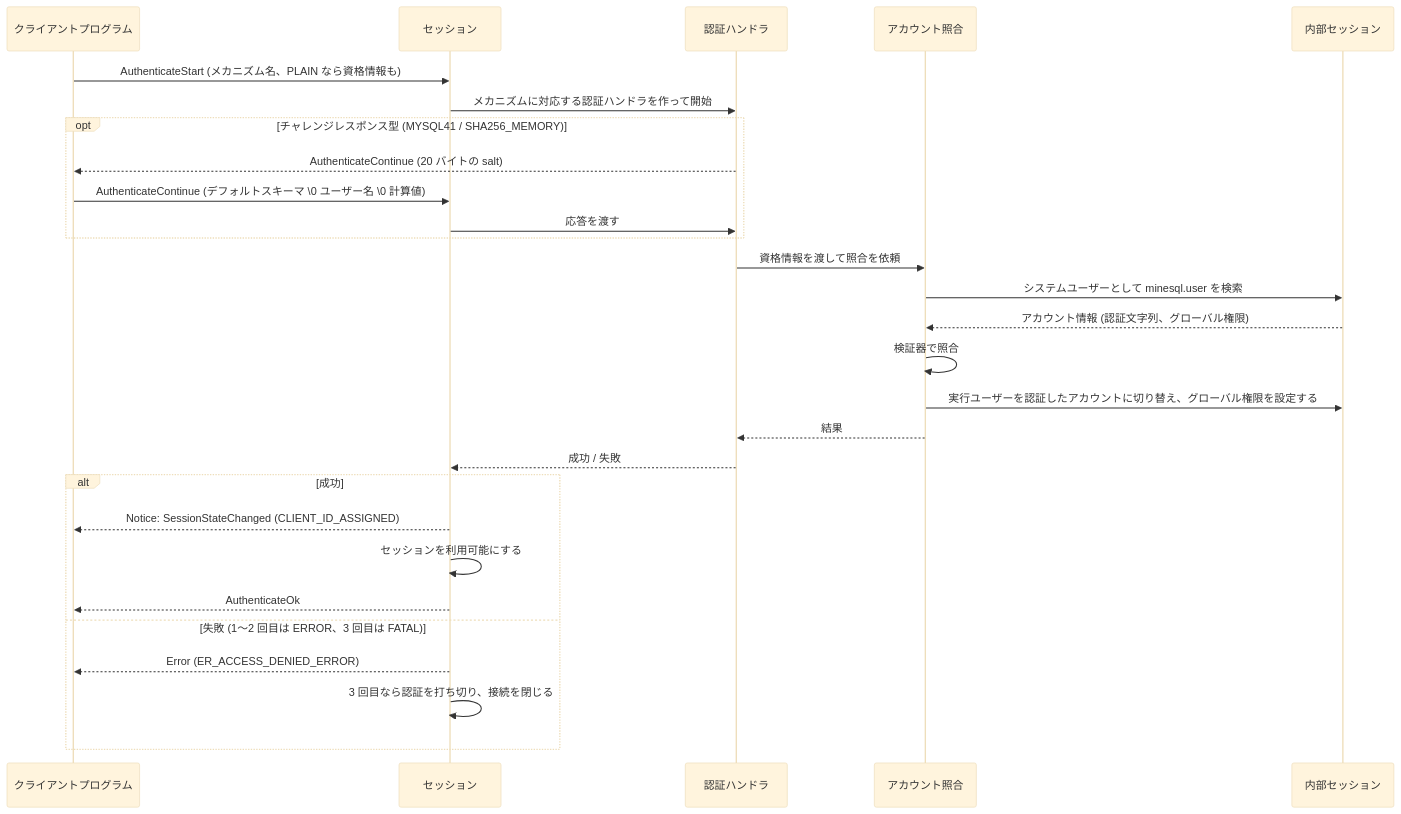
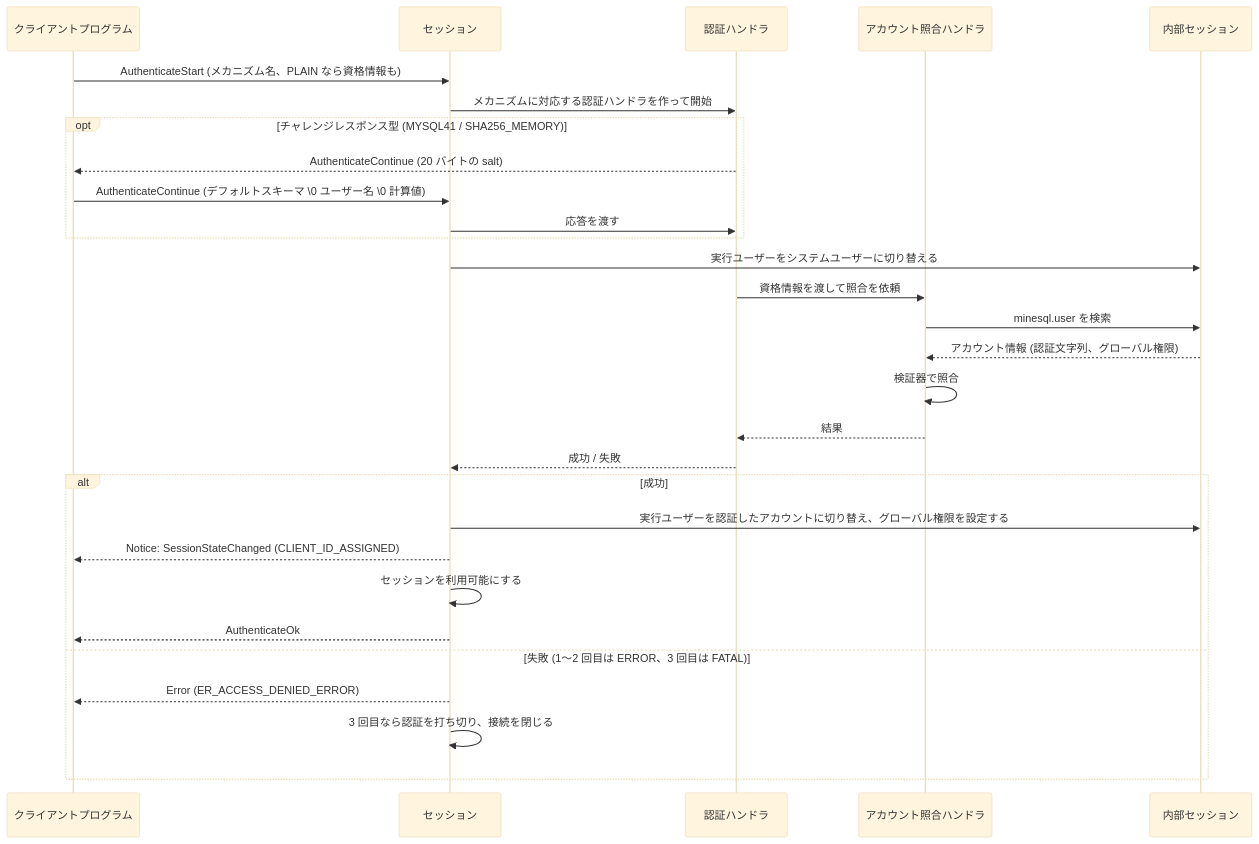
One commit to ren-yamanashi/minesql changed the second of 2 diagrams in docs/specification/connection/authentication.md. Above: the diagram before and after it, drawn with Mermaid (base theme). The commit also changed other lines of this file and 2 other files, not shown here.

````diff
--- a/docs/specification/connection/authentication.md
+++ b/docs/specification/connection/authentication.md
@@ -79,30 +92,31 @@
 ```mermaid
 sequenceDiagram
     participant C as クライアントプログラム
     participant S as セッション
     participant A as 認証ハンドラ
-    participant V as アカウント照合
+    participant V as アカウント照合ハンドラ
     participant I as 内部セッション
     C->>S: AuthenticateStart (メカニズム名、PLAIN なら資格情報も)
     S->>A: メカニズムに対応する認証ハンドラを作って開始
     opt チャレンジレスポンス型 (MYSQL41 / SHA256_MEMORY)
         A-->>C: AuthenticateContinue (20 バイトの salt)
         C->>S: AuthenticateContinue (デフォルトスキーマ \0 ユーザー名 \0 計算値)
         S->>A: 応答を渡す
     end
+    S->>I: 実行ユーザーをシステムユーザーに切り替える
     A->>V: 資格情報を渡して照合を依頼
-    V->>I: システムユーザーとして minesql.user を検索
+    V->>I: minesql.user を検索
     I-->>V: アカウント情報 (認証文字列、グローバル権限)
     V->>V: 検証器で照合
-    V->>I: 実行ユーザーを認証したアカウントに切り替え、グローバル権限を設定する
     V-->>A: 結果
     A-->>S: 成功 / 失敗
     alt 成功
+        S->>I: 実行ユーザーを認証したアカウントに切り替え、グローバル権限を設定する
         S-->>C: Notice: SessionStateChanged (CLIENT_ID_ASSIGNED)
         S->>S: セッションを利用可能にする
         S-->>C: AuthenticateOk
     else 失敗 (1〜2 回目は ERROR、3 回目は FATAL)
         S-->>C: Error (ER_ACCESS_DENIED_ERROR)
         S->>S: 3 回目なら認証を打ち切り、接続を閉じる
     end
 ```
````
